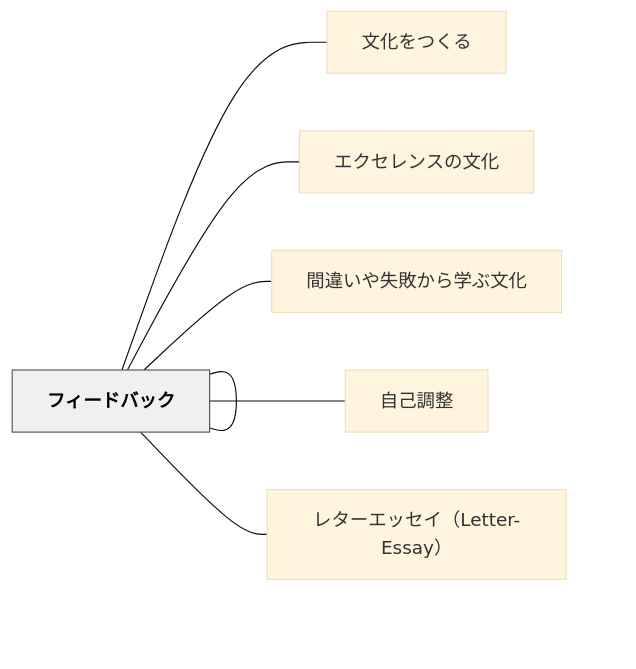
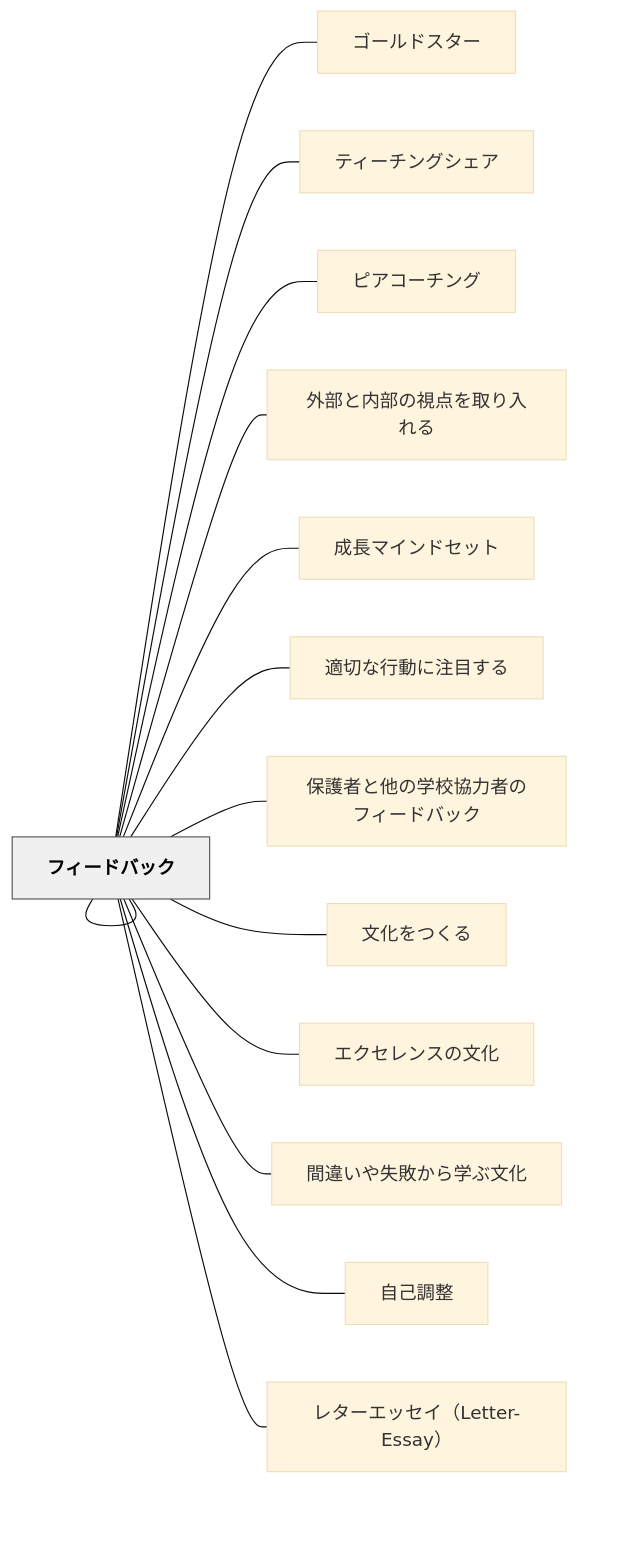
One commit to unknownthings-ed-patterns/unknownthings-ed-patterns changed the diagram in content/パタン/フィードバック文化.md. Above: the diagram before and after it, drawn with Mermaid (base theme). The commit also changed other lines of this file and 473 other files, not shown here.

````diff
--- a/content/パタン/フィードバック文化.md
+++ b/content/パタン/フィードバック文化.md
@@ -58,20 +65,34 @@
 ```mermaid
 flowchart LR
     ne38395e382a3["フィードバック文化"]
+    ne382b4e383bc["ゴールドスター"]
+    ne38386e382a3["ティーチングシェア"]
+    ne38394e382a2["ピアコーチング"]
+    ne5a496e983a8["外部と内部の視点を取り入れる"]
+    ne68890e995b7["成長マインドセット"]
+    ne981a9e58887["適切な行動に注目する"]
+    ne4bf9de8adb7["保護者と他の学校協力者のフィードバック"]
     ne69687e58c96["文化をつくる"]
     ne38395e382a3["フィードバック"]
     ne382a8e382af["エクセレンスの文化"]
     ne99693e98195["間違いや失敗から学ぶ文化"]
     ne887aae5b7b1["自己調整"]
     ne383ace382bf["レターエッセイ（Letter-Essay）"]
 
+    ne38395e382a3 --- ne382b4e383bc
+    ne38395e382a3 --- ne38386e382a3
+    ne38395e382a3 --- ne38394e382a2
+    ne38395e382a3 --- ne5a496e983a8
+    ne38395e382a3 --- ne68890e995b7
+    ne38395e382a3 --- ne981a9e58887
+    ne38395e382a3 --- ne4bf9de8adb7
     ne38395e382a3 --- ne69687e58c96
     ne38395e382a3 --- ne38395e382a3
     ne38395e382a3 --- ne382a8e382af
     ne38395e382a3 --- ne99693e98195
     ne38395e382a3 --- ne887aae5b7b1
     ne38395e382a3 --- ne383ace382bf
 
     classDef hub fill:#f0f0f0,stroke:#555,color:#000,font-weight:bold
     class ne38395e382a3 hub
 ```
````
